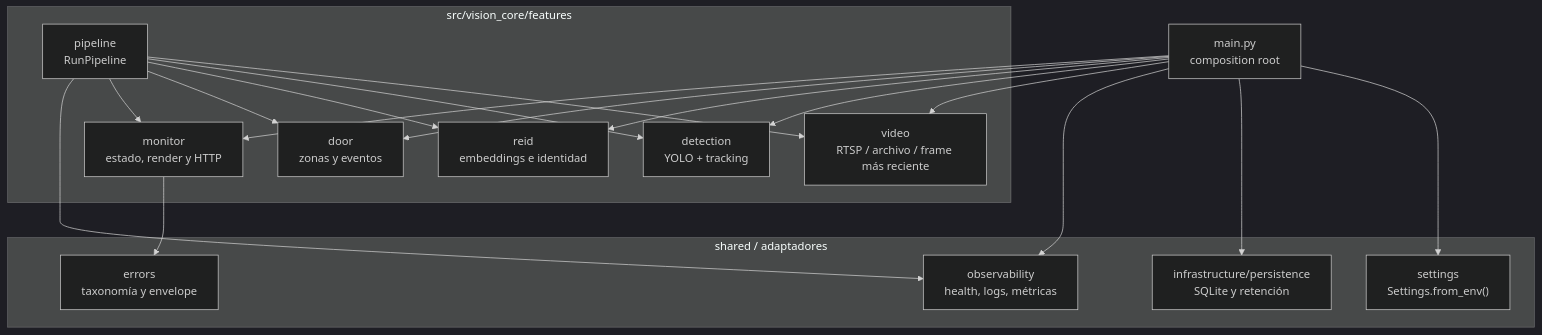
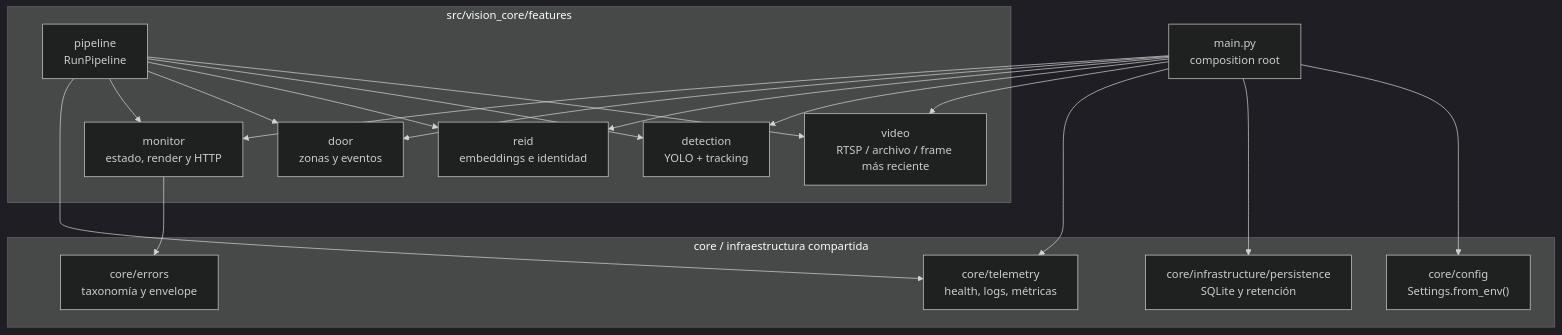
The third of 4 diagrams in docs/diagrams.md (ECOSUR-TEAM/Vision-Core), drawn with Mermaid (dark theme) before and after one commit. The commit also changed 195 other files, not shown here.

````diff
--- a/docs/diagrams.md
+++ b/docs/diagrams.md
@@ -65,36 +65,36 @@
 ```mermaid
 flowchart TB
     Main["main.py<br/>composition root"]
 
     subgraph Features["src/vision_core/features"]
         Video["video<br/>RTSP / archivo / frame más reciente"]
         Detection["detection<br/>YOLO + tracking"]
         ReID["reid<br/>embeddings e identidad"]
         Door["door<br/>zonas y eventos"]
         Pipeline["pipeline<br/>RunPipeline"]
         Monitor["monitor<br/>estado, render y HTTP"]
     end
 
-    subgraph Shared["shared / adaptadores"]
-        Obs["observability<br/>health, logs, métricas"]
-        Errors["errors<br/>taxonomía y envelope"]
-        Persist["infrastructure/persistence<br/>SQLite y retención"]
-        Settings["settings<br/>Settings.from_env()"]
+    subgraph Shared["core / infraestructura compartida"]
+        Obs["core/telemetry<br/>health, logs, métricas"]
+        Errors["core/errors<br/>taxonomía y envelope"]
+        Persist["core/infrastructure/persistence<br/>SQLite y retención"]
+        Settings["core/config<br/>Settings.from_env()"]
     end
 
     Main --> Settings
     Main --> Video
     Main --> Detection
     Main --> ReID
     Main --> Door
     Main --> Persist
     Main --> Obs
     Main --> Monitor
     Pipeline --> Video
     Pipeline --> Detection
     Pipeline --> ReID
     Pipeline --> Door
     Pipeline --> Monitor
     Pipeline --> Obs
     Monitor --> Errors
 ```
````
